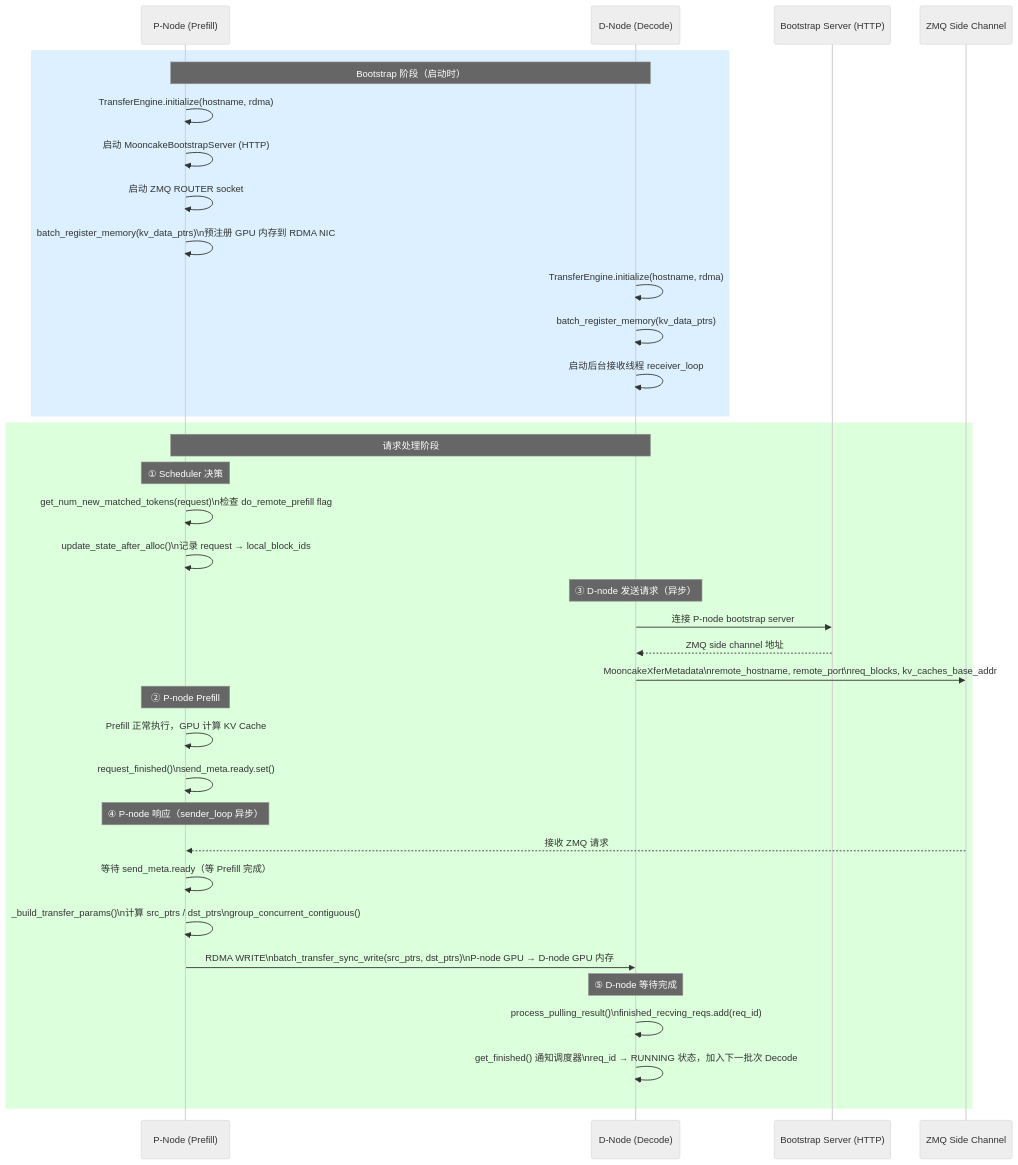
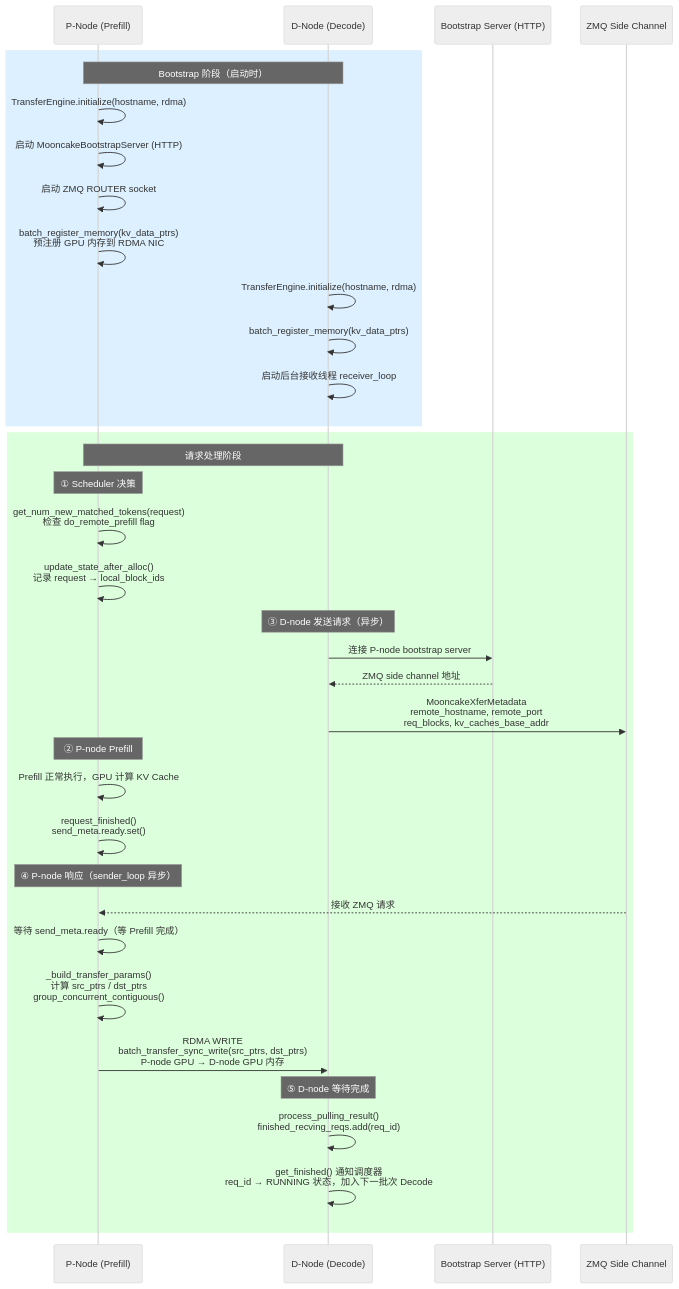
One commit to HeduAiDev/vllm-from-scratch changed the fifth of 8 diagrams in BLOG_PART2_V2.md. Above: the diagram before and after it, drawn with Mermaid (neutral theme). The commit also changed other lines of this file and 2 other files, not shown here.

Commit message:
Fix Mermaid node labels: replace \n with <br/> for line breaks

````diff
--- a/BLOG_PART2_V2.md
+++ b/BLOG_PART2_V2.md
@@ -668,46 +668,46 @@
 ```mermaid
 sequenceDiagram
     participant P as P-Node (Prefill)
     participant D as D-Node (Decode)
     participant BS as Bootstrap Server (HTTP)
     participant ZMQ as ZMQ Side Channel
 
     rect rgb(220, 240, 255)
         Note over P,D: Bootstrap 阶段（启动时）
         P->>P: TransferEngine.initialize(hostname, rdma)
         P->>P: 启动 MooncakeBootstrapServer (HTTP)
         P->>P: 启动 ZMQ ROUTER socket
-        P->>P: batch_register_memory(kv_data_ptrs)\n预注册 GPU 内存到 RDMA NIC
+        P->>P: batch_register_memory(kv_data_ptrs)<br/>预注册 GPU 内存到 RDMA NIC
 
         D->>D: TransferEngine.initialize(hostname, rdma)
         D->>D: batch_register_memory(kv_data_ptrs)
         D->>D: 启动后台接收线程 receiver_loop
     end
 
     rect rgb(220, 255, 220)
         Note over P,D: 请求处理阶段
 
         Note over P: ① Scheduler 决策
-        P->>P: get_num_new_matched_tokens(request)\n检查 do_remote_prefill flag
-        P->>P: update_state_after_alloc()\n记录 request → local_block_ids
+        P->>P: get_num_new_matched_tokens(request)<br/>检查 do_remote_prefill flag
+        P->>P: update_state_after_alloc()<br/>记录 request → local_block_ids
 
         Note over D: ③ D-node 发送请求（异步）
         D->>BS: 连接 P-node bootstrap server
         BS-->>D: ZMQ side channel 地址
-        D->>ZMQ: MooncakeXferMetadata\nremote_hostname, remote_port\nreq_blocks, kv_caches_base_addr
+        D->>ZMQ: MooncakeXferMetadata<br/>remote_hostname, remote_port<br/>req_blocks, kv_caches_base_addr
 
         Note over P: ② P-node Prefill
         P->>P: Prefill 正常执行，GPU 计算 KV Cache
-        P->>P: request_finished()\nsend_meta.ready.set()
+        P->>P: request_finished()<br/>send_meta.ready.set()
 
         Note over P: ④ P-node 响应（sender_loop 异步）
         ZMQ-->>P: 接收 ZMQ 请求
         P->>P: 等待 send_meta.ready（等 Prefill 完成）
-        P->>P: _build_transfer_params()\n计算 src_ptrs / dst_ptrs\ngroup_concurrent_contiguous()
-        P->>D: RDMA WRITE\nbatch_transfer_sync_write(src_ptrs, dst_ptrs)\nP-node GPU → D-node GPU 内存
+        P->>P: _build_transfer_params()<br/>计算 src_ptrs / dst_ptrs<br/>group_concurrent_contiguous()
+        P->>D: RDMA WRITE<br/>batch_transfer_sync_write(src_ptrs, dst_ptrs)<br/>P-node GPU → D-node GPU 内存
 
         Note over D: ⑤ D-node 等待完成
-        D->>D: process_pulling_result()\nfinished_recving_reqs.add(req_id)
-        D->>D: get_finished() 通知调度器\nreq_id → RUNNING 状态，加入下一批次 Decode
+        D->>D: process_pulling_result()<br/>finished_recving_reqs.add(req_id)
+        D->>D: get_finished() 通知调度器<br/>req_id → RUNNING 状态，加入下一批次 Decode
     end
 ```
````
